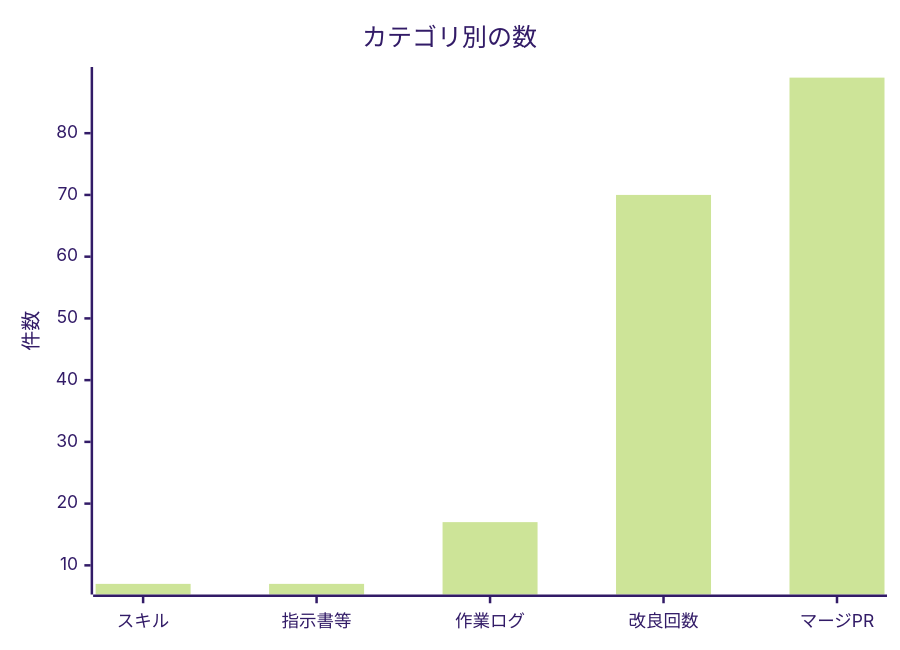
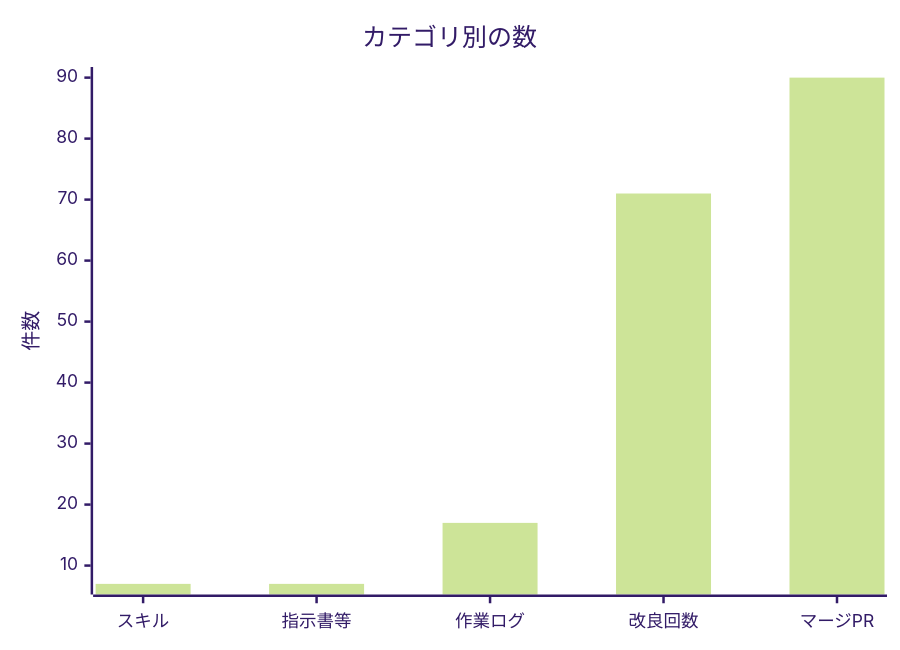
The second of 2 diagrams in docs/進化レポート.md (non-x2/non-x2), drawn with Mermaid (forest theme) before and after one commit. The commit also changed other lines of this file and 3 other files, not shown here.

````diff
--- a/docs/進化レポート.md
+++ b/docs/進化レポート.md
@@ -33,7 +33,7 @@
 ```mermaid
 xychart-beta
     title "カテゴリ別の数"
     x-axis ["スキル", "指示書等", "作業ログ", "改良回数", "マージPR"]
     y-axis "件数"
-    bar [7, 7, 17, 70, 89]
+    bar [7, 7, 17, 71, 90]
 ```
````
